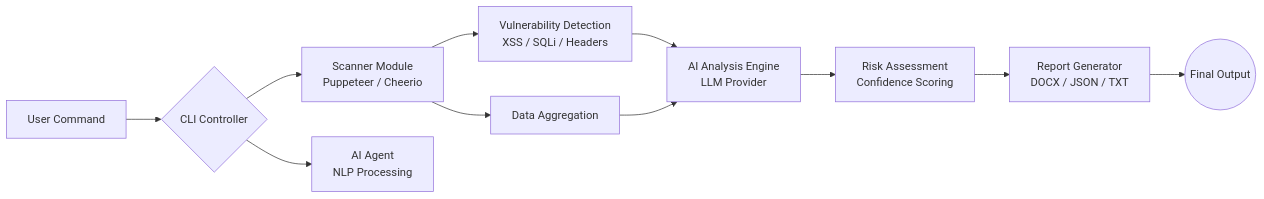
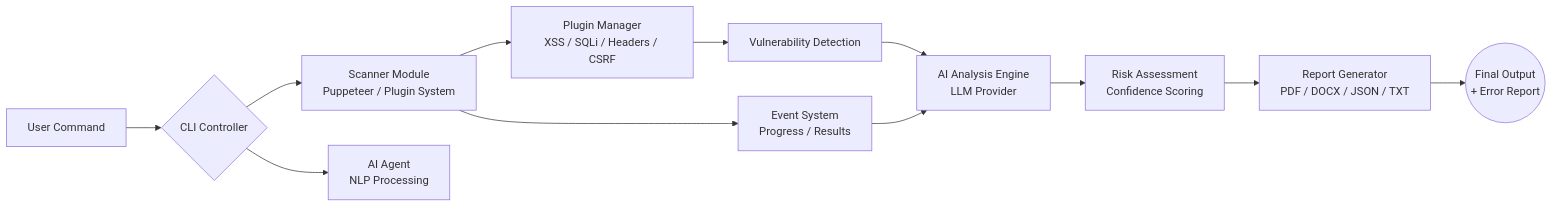
One commit to shaikhakramshakil/kramscan changed the diagram in README.md. Above: the diagram before and after it, drawn with Mermaid. The commit also changed other lines of this file, not shown here.

First line of the commit message:
docs: update README with new features and architecture

````diff
--- a/README.md
+++ b/README.md
@@ -60,15 +63,16 @@
 ```mermaid
 graph LR
     A[User Command] --> B{CLI Controller};
-    B --> C[Scanner Module<br/>Puppeteer / Cheerio];
+    B --> C[Scanner Module<br/>Puppeteer / Plugin System];
     B --> D[AI Agent<br/>NLP Processing];
     
-    C --> E[Vulnerability Detection<br/>XSS / SQLi / Headers];
-    C --> F[Data Aggregation];
+    C --> E[Plugin Manager<br/>XSS / SQLi / Headers / CSRF];
+    E --> F[Vulnerability Detection];
+    C --> G[Event System<br/>Progress / Results];
     
-    E & F --> G[AI Analysis Engine<br/>LLM Provider];
+    F & G --> H[AI Analysis Engine<br/>LLM Provider];
     
-    G --> H[Risk Assessment<br/>Confidence Scoring];
-    H --> I[Report Generator<br/>DOCX / JSON / TXT];
-    I --> J((Final Output));
+    H --> I[Risk Assessment<br/>Confidence Scoring];
+    I --> J[Report Generator<br/>PDF / DOCX / JSON / TXT];
+    J --> K((Final Output<br/>+ Error Report));
 ```
````
